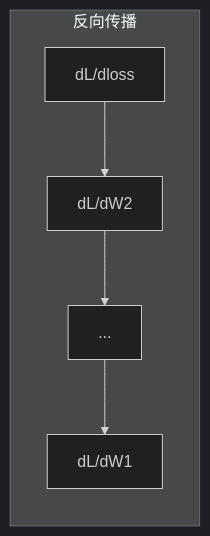
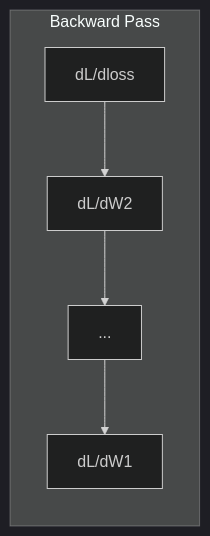
The fourth of 4 diagrams in phases/01-math-foundations/04-calculus-for-ml/docs/zh.md (omigaZen/ai-engineering-from-scratch), drawn with Mermaid (dark theme) before and after one commit. The commit also changed other lines of this file and 32 other files, not shown here.

````diff
--- a/phases/01-math-foundations/04-calculus-for-ml/docs/zh.md
+++ b/phases/01-math-foundations/04-calculus-for-ml/docs/zh.md
@@ -381,6 +385,6 @@
 ```mermaid
 graph RL
-    subgraph Backward["反向传播"]
+    subgraph Backward["Backward Pass"]
         dL["dL/dloss"] --> dW2["dL/dW2"] --> d2["..."] --> dW1["dL/dW1"]
     end
 ```
````
